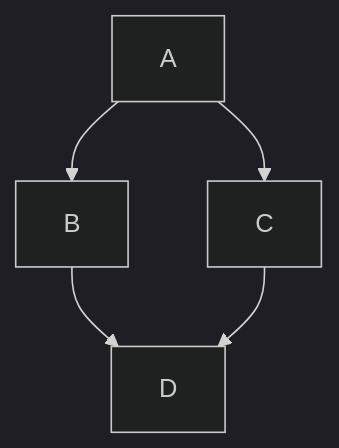
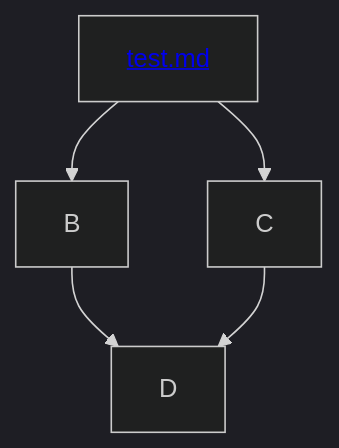
Before and after one commit to mikeclymer/undergrad-physics: the diagram in README.md, drawn with Mermaid (dark theme).

````diff
--- a/README.md
+++ b/README.md
@@ -4,8 +4,7 @@
 ```mermaid
 flowchart TD;
-    A-->B;
+    A["<a href='https://github.com/mikeclymer/physics-undergrad/blob/main/test.md'>test.md</a>"]-->B;
     A-->C;
     B-->D;
     C-->D;
-    click A "https://github.com/mikeclymer/physics-undergrad/blob/main/test.md" _top
 ```
````
